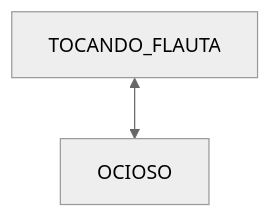
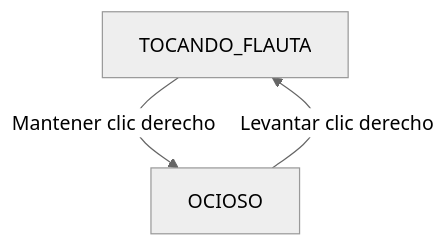
The third of 4 diagrams in README.md (IAV26-G09/IAV26-G09-P1), drawn with Mermaid (neutral theme) before and after one commit. The commit also changed other lines of this file, not shown here.

````diff
--- a/README.md
+++ b/README.md
@@ -75,4 +100,5 @@
 ```mermaid
 graph TD;
-  TOCANDO_FLAUTA<-->OCIOSO;
+  TOCANDO_FLAUTA-- Mantener clic derecho -->OCIOSO;
+  OCIOSO-- Levantar clic derecho -->TOCANDO_FLAUTA;
 ```
````
